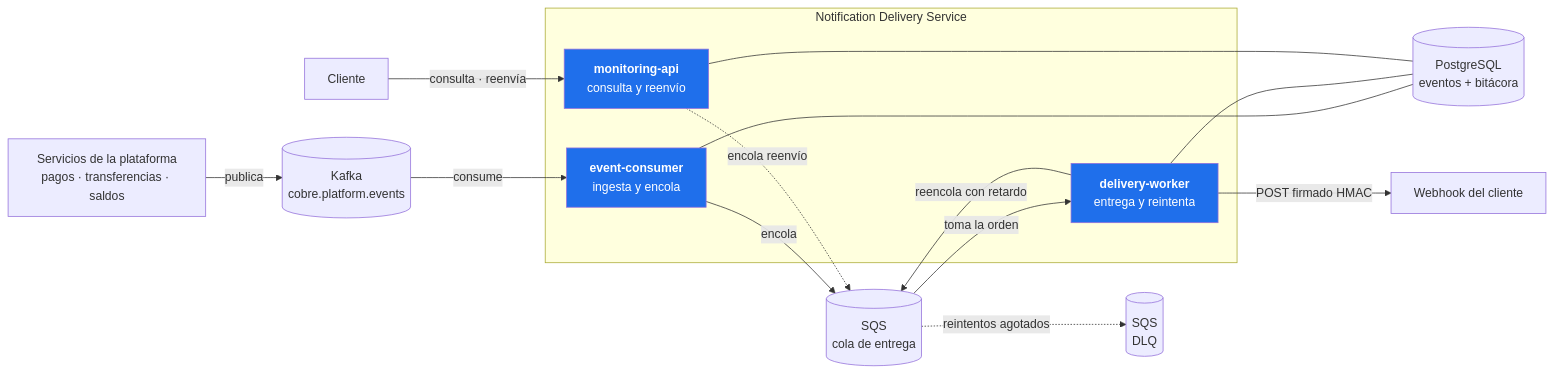
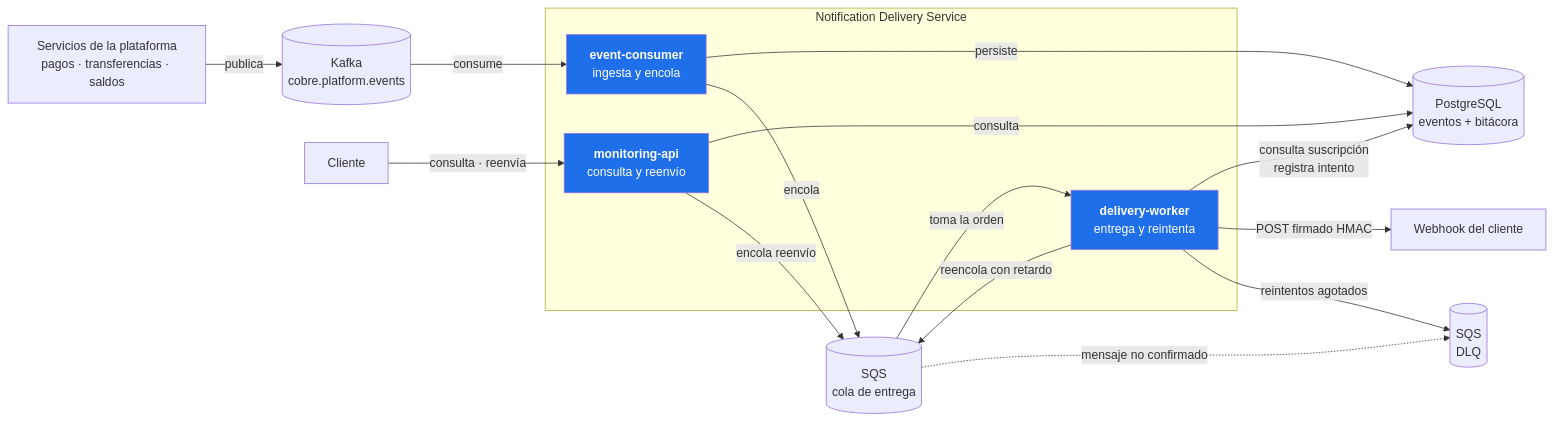
Before and after one commit to ssalaza7/cobre-notification-delivery: the first of 5 diagrams in README.md, drawn with Mermaid. The commit also changed other lines of this file and 1 other file, not shown here.

Commit message:
docs: unifica la notacion de los diagramas y corrige la derivacion a la DLQ
La flecha de reintentos agotados salia de la cola cuando en el codigo la envia el
worker mediante DeliveryQueuePort.sendToDeadLetter. Se distinguen ahora los dos
mecanismos: el envio explicito del worker y el movimiento automatico de SQS por
redrive policy cuando un mensaje no se confirma.

Las lineas que unian los componentes con la base pasan a ser dirigidas y etiquetadas,
la linea punteada queda reservada a los flujos que ningun componente invoca, y el
consumidor recibe las aristas de telemetria que le faltaban en el despliegue.

````diff
--- a/README.md
+++ b/README.md
@@ -18,33 +18,34 @@
 ```mermaid
 flowchart LR
     SVC["Servicios de la plataforma<br/>pagos · transferencias · saldos"]
     K[("Kafka<br/>cobre.platform.events")]
     Q[("SQS<br/>cola de entrega")]
     DLQ[("SQS<br/>DLQ")]
     DB[("PostgreSQL<br/>eventos + bitácora")]
     CLI["Webhook del cliente"]
     USR["Cliente"]
 
     subgraph svc["Notification Delivery Service"]
         CON["<b>event-consumer</b><br/>ingesta y encola"]
         W["<b>delivery-worker</b><br/>entrega y reintenta"]
         API["<b>monitoring-api</b><br/>consulta y reenvío"]
     end
 
     SVC -->|publica| K
     K -->|consume| CON
+    CON -->|persiste| DB
     CON -->|encola| Q
-    CON --- DB
     Q -->|toma la orden| W
+    W -->|consulta suscripción<br/>registra intento| DB
+    W -->|POST firmado HMAC| CLI
     W -->|reencola con retardo| Q
-    Q -.->|reintentos agotados| DLQ
-    W -->|POST firmado HMAC| CLI
-    W --- DB
-    API --- DB
+    W -->|reintentos agotados| DLQ
+    Q -.->|mensaje no confirmado| DLQ
     USR -->|consulta · reenvía| API
-    API -.->|encola reenvío| Q
+    API -->|consulta| DB
+    API -->|encola reenvío| Q
 
     style CON fill:#1f6feb,color:#fff
     style W fill:#1f6feb,color:#fff
     style API fill:#1f6feb,color:#fff
 ```
````
